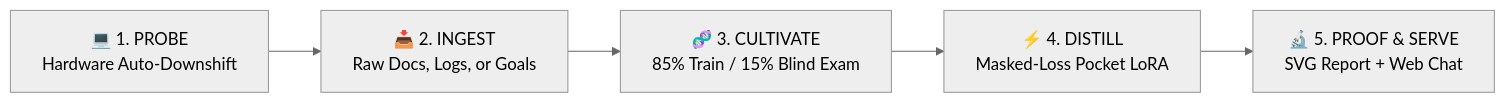
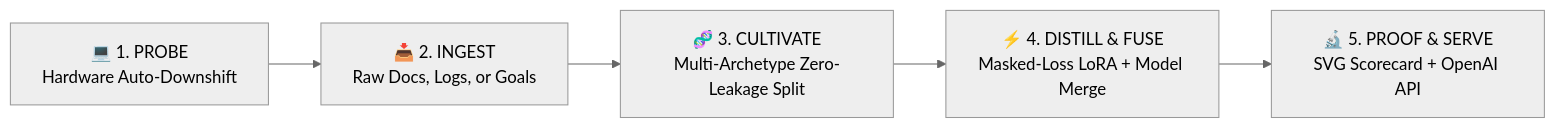
The diagram in README.md (shenald-dev/bonsai), drawn with Mermaid (neutral theme) before and after one commit. The commit also changed other lines of this file and 18 other files, not shown here.

First line of the commit message:
feat: release v1.0.0 with adapter merging, multi-archetype teacher, and openai-compatible server

````diff
--- a/README.md
+++ b/README.md
@@ -51,7 +51,7 @@
 ```mermaid
 flowchart LR
     A["💻 1. PROBE<br/>Hardware Auto-Downshift"] --> B["📥 2. INGEST<br/>Raw Docs, Logs, or Goals"]
-    B --> C["🧬 3. CULTIVATE<br/>85% Train / 15% Blind Exam"]
-    C --> D["⚡ 4. DISTILL<br/>Masked-Loss Pocket LoRA"]
-    D --> E["🔬 5. PROOF & SERVE<br/>SVG Report + Web Chat"]
+    B --> C["🧬 3. CULTIVATE<br/>Multi-Archetype Zero-Leakage Split"]
+    C --> D["⚡ 4. DISTILL & FUSE<br/>Masked-Loss LoRA + Model Merge"]
+    D --> E["🔬 5. PROOF & SERVE<br/>SVG Scorecard + OpenAI API"]
 ```
````
